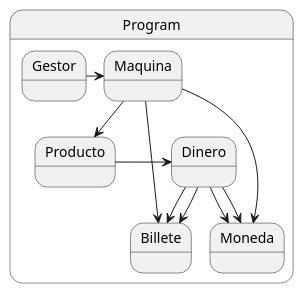
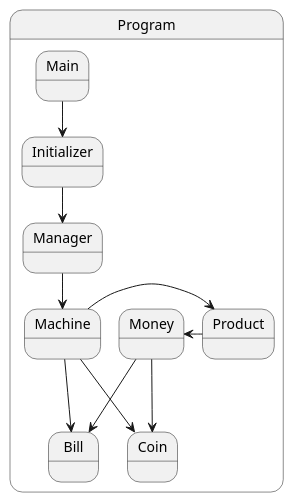
Before and after one commit to mmasias/IdSw2-22-23: the diagram in Grupo2/collaboration-diagram/collaboration-diagram.plantuml, drawn with PlantUML. The commit also changed 45 other files, not shown here.

```diff
--- a/Grupo2/collaboration-diagram/collaboration-diagram.plantuml
+++ b/Grupo2/collaboration-diagram/collaboration-diagram.plantuml
@@ -1,18 +1,19 @@
 @startuml coll
 state Program{
-  
-Gestor -> Maquina
 
-Maquina ---> Billete
-Maquina ---> Moneda
-Maquina --> Producto
+Main --> Initializer
+Initializer --> Manager
 
-Dinero --> Billete
-Dinero --> Billete
-Dinero --> Moneda
-Dinero --> Moneda
+Manager --> Machine
 
-Producto -> Dinero
+Machine ---> Bill
+Machine ---> Coin
+Machine --r-> Product
+
+Money ---> Bill
+Money ---> Coin
+
+Product -l--> Money
 
 }
 @enduml
```
